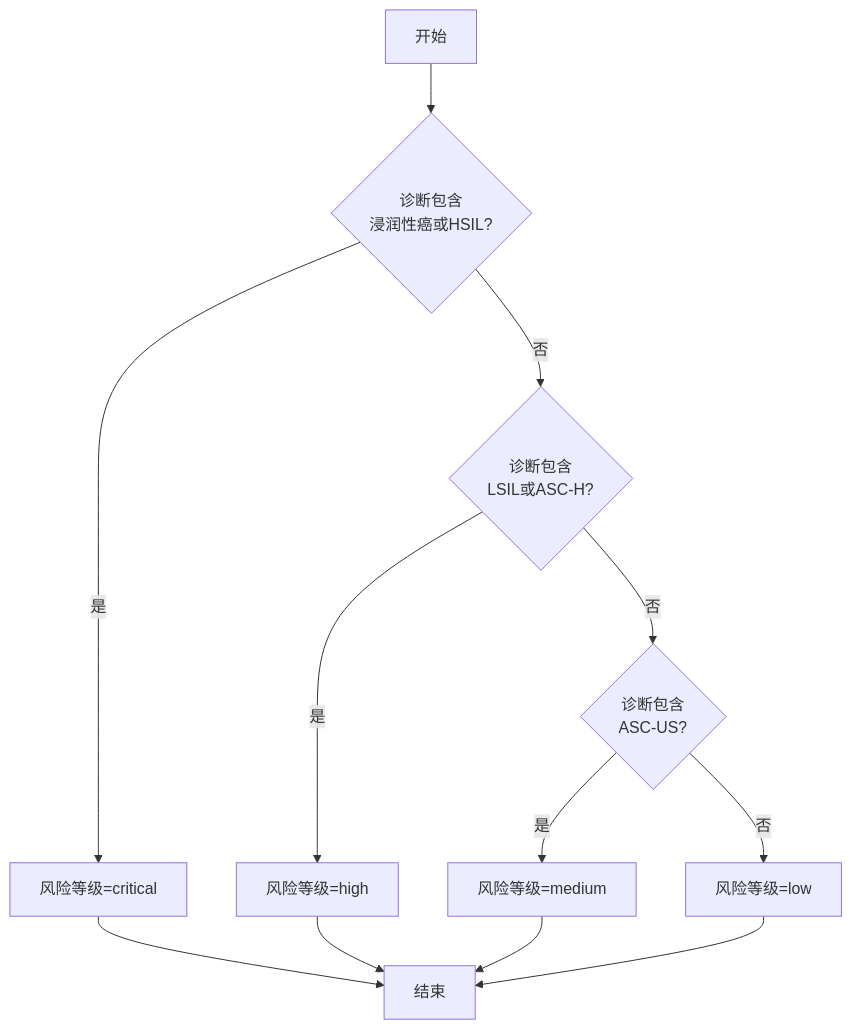
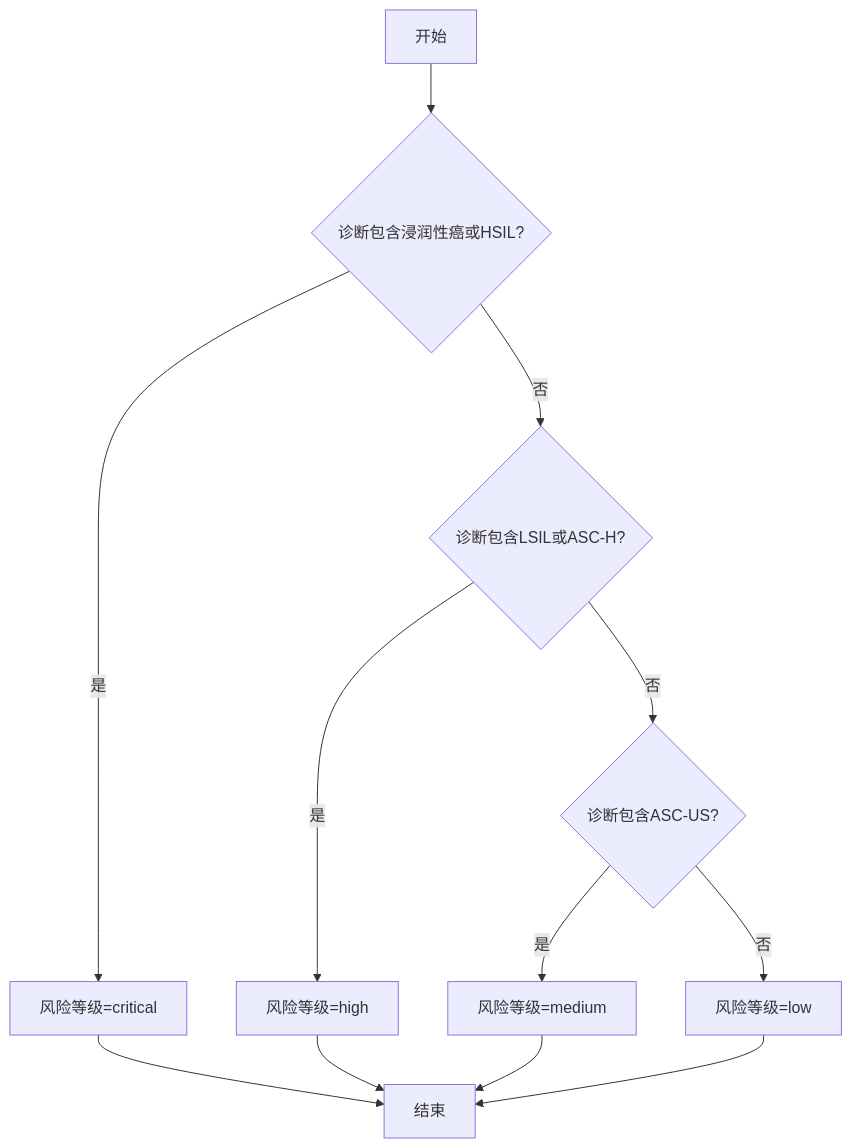
Before and after one commit to xingranya/CervixDetectAI: the fourth of 6 diagrams in wiki/数据库设计/表结构/分析结果表 (analysis_results).md, drawn with Mermaid. The commit also changed 35 other files, not shown here.

First line of the commit message:
docs(readme): 优化并统一项目文档中的流程图与说明

````diff
--- a/wiki/数据库设计/表结构/分析结果表 (analysis_results).md
+++ b/wiki/数据库设计/表结构/分析结果表 (analysis_results).md
@@ -183,14 +183,14 @@
 ```mermaid
 flowchart TD
-A[开始] --> B{诊断包含<br/>浸润性癌或HSIL?}
+A[开始] --> B{诊断包含浸润性癌或HSIL?}
 B --> |是| C[风险等级=critical]
-B --> |否| D{诊断包含<br/>LSIL或ASC-H?}
+B --> |否| D{诊断包含LSIL或ASC-H?}
 D --> |是| E[风险等级=high]
-D --> |否| F{诊断包含<br/>ASC-US?}
+D --> |否| F{诊断包含ASC-US?}
 F --> |是| G[风险等级=medium]
 F --> |否| H[风险等级=low]
 C --> I[结束]
 E --> I
 G --> I
 H --> I
 ```
````
